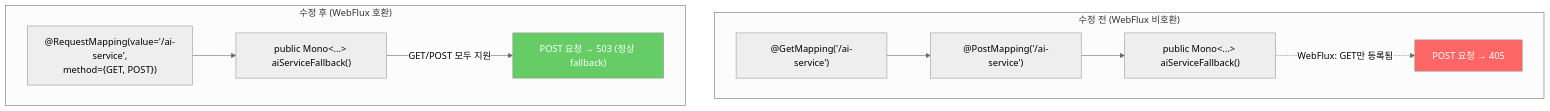
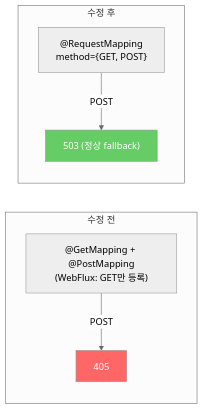
The second of 6 diagrams in knowledge_service/docs/07_maintenance/21_bugfix_report_2026-02-11_gateway_405_graph_empty.md (k82022603/hybrid-rag-knowledge-ops), drawn with Mermaid (neutral theme) before and after one commit. The commit also changed other lines of this file and 4 other files, not shown here.

First line of the commit message:
[FIX] Graph 시각화 빈 결과 Phase 2 - Fulltext 인덱스 + fallback 패턴 수정

````diff
--- a/knowledge_service/docs/07_maintenance/21_bugfix_report_2026-02-11_gateway_405_graph_empty.md
+++ b/knowledge_service/docs/07_maintenance/21_bugfix_report_2026-02-11_gateway_405_graph_empty.md
@@ -56,16 +74,11 @@
 ```mermaid
-flowchart TB
-    subgraph Before["수정 전 (WebFlux 비호환)"]
-        A1["@GetMapping('/ai-service')"] --> B1["@PostMapping('/ai-service')"]
-        B1 --> C1["public Mono<...> aiServiceFallback()"]
-        C1 -.->|"WebFlux: GET만 등록됨"| D1["POST 요청 → 405"]
+flowchart LR
+    subgraph Before["수정 전"]
+        A1["@GetMapping + @PostMapping<br/>(WebFlux: GET만 등록)"] -->|"POST"| D1["405"]
     end
-
-    subgraph After["수정 후 (WebFlux 호환)"]
-        A2["@RequestMapping(value='/ai-service',<br/>method={GET, POST})"] --> C2["public Mono<...> aiServiceFallback()"]
-        C2 -->|"GET/POST 모두 지원"| D2["POST 요청 → 503 (정상 fallback)"]
+    subgraph After["수정 후"]
+        A2["@RequestMapping<br/>method={GET, POST}"] -->|"POST"| D2["503 (정상 fallback)"]
     end
-
     style D1 fill:#f66,color:#fff
     style D2 fill:#6c6,color:#fff
 ```
````
